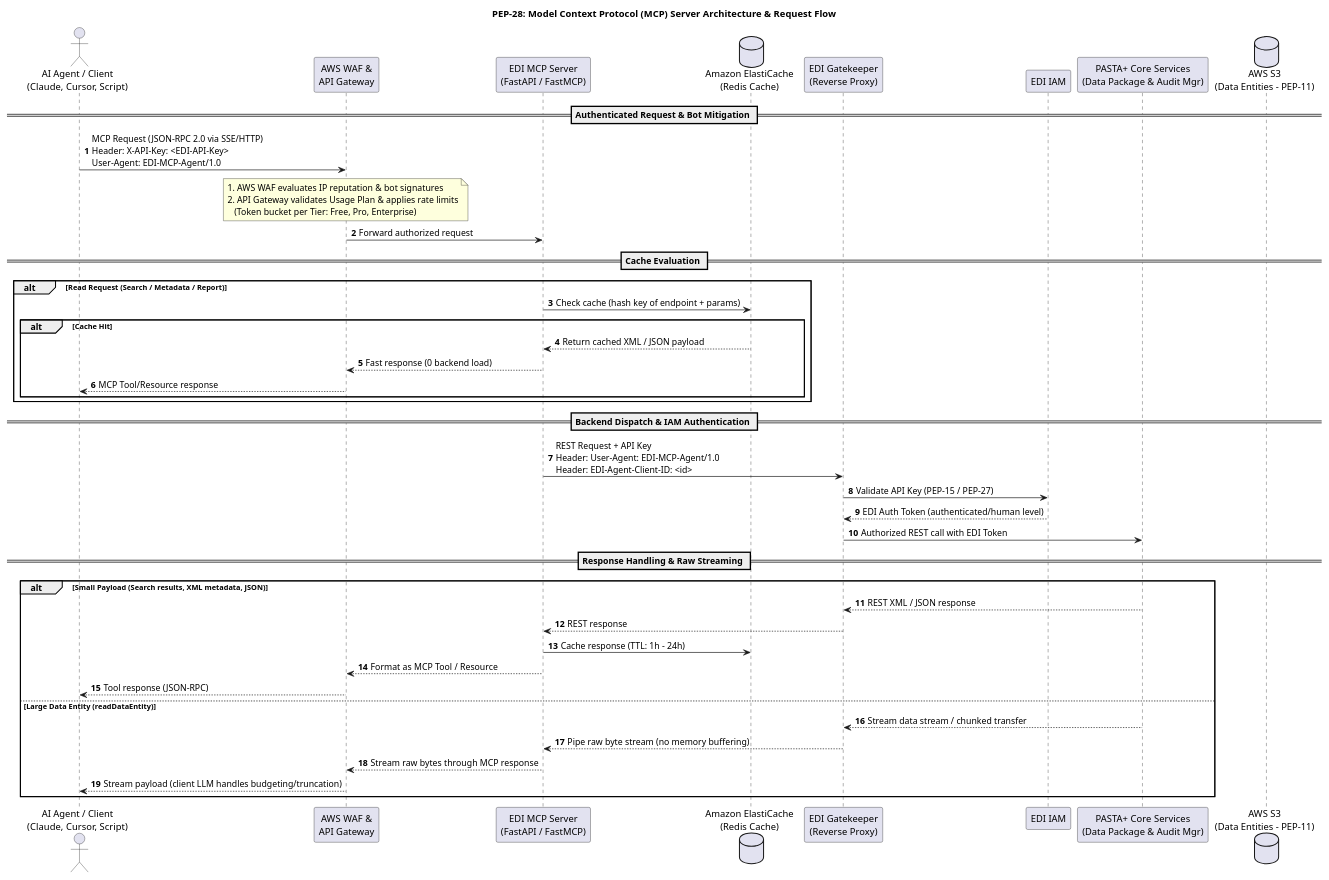
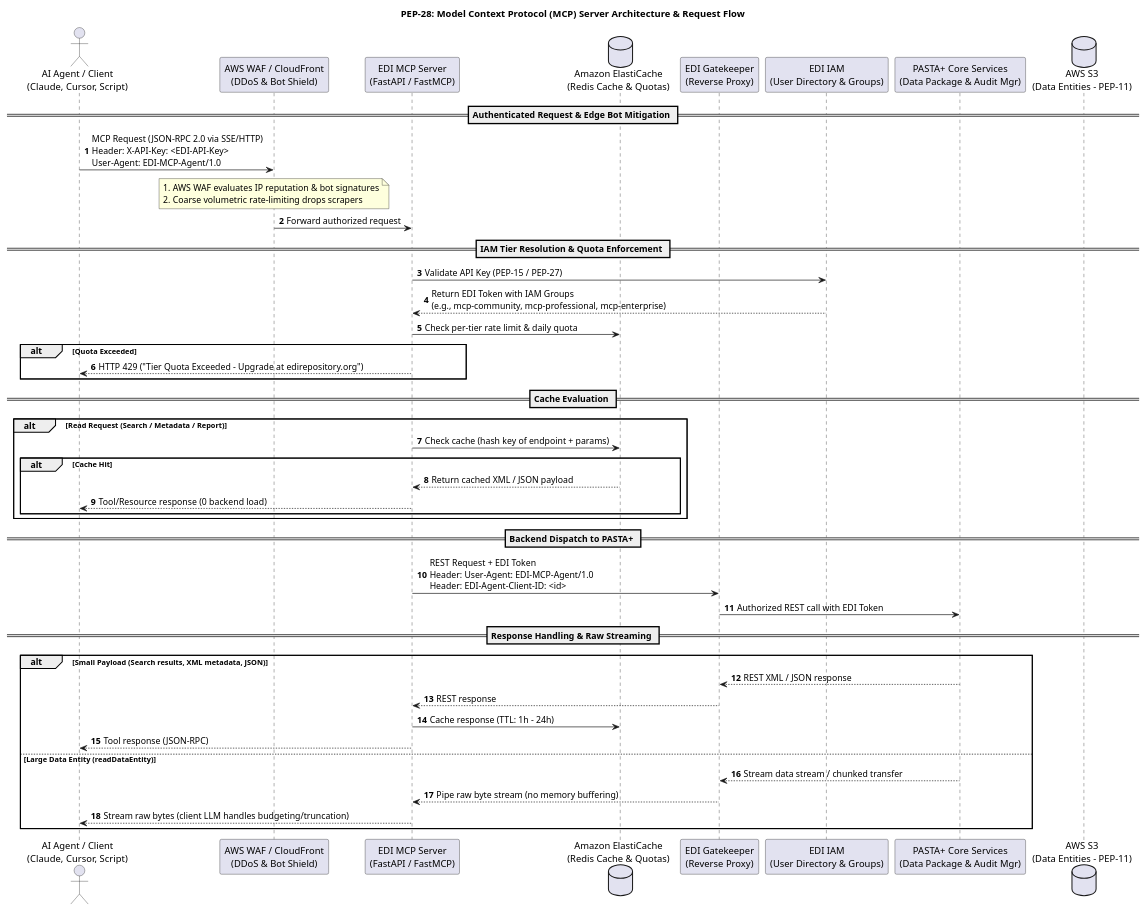
The diagram in peps/puml/pep28-mcp_architecture.puml (PASTAplus/PEP), drawn with PlantUML before and after one commit. The commit also changed 1 other file, not shown here.

Commit message:
PEP-28: Add EDI IAM-native monetization pathway

```diff
--- a/peps/puml/pep28-mcp_architecture.puml
+++ b/peps/puml/pep28-mcp_architecture.puml
@@ -1,54 +1,56 @@
 @startuml
 title PEP-28: Model Context Protocol (MCP) Server Architecture & Request Flow
 
 actor "AI Agent / Client\n(Claude, Cursor, Script)" as Client
-participant "AWS WAF &\nAPI Gateway" as APIGW
+participant "AWS WAF / CloudFront\n(DDoS & Bot Shield)" as WAF
 participant "EDI MCP Server\n(FastAPI / FastMCP)" as MCP
-database "Amazon ElastiCache\n(Redis Cache)" as Cache
+database "Amazon ElastiCache\n(Redis Cache & Quotas)" as Cache
 participant "EDI Gatekeeper\n(Reverse Proxy)" as Gatekeeper
-participant "EDI IAM" as IAM
+participant "EDI IAM\n(User Directory & Groups)" as IAM
 participant "PASTA+ Core Services\n(Data Package & Audit Mgr)" as PASTA
 database "AWS S3\n(Data Entities - PEP-11)" as S3
 
 autonumber
 
-== Authenticated Request & Bot Mitigation ==
-Client -> APIGW: MCP Request (JSON-RPC 2.0 via SSE/HTTP)\nHeader: X-API-Key: <EDI-API-Key>\nUser-Agent: EDI-MCP-Agent/1.0
-note over APIGW
+== Authenticated Request & Edge Bot Mitigation ==
+Client -> WAF: MCP Request (JSON-RPC 2.0 via SSE/HTTP)\nHeader: X-API-Key: <EDI-API-Key>\nUser-Agent: EDI-MCP-Agent/1.0
+note over WAF
   1. AWS WAF evaluates IP reputation & bot signatures
-  2. API Gateway validates Usage Plan & applies rate limits
-     (Token bucket per Tier: Free, Pro, Enterprise)
+  2. Coarse volumetric rate-limiting drops scrapers
 end note
-APIGW -> MCP: Forward authorized request
+WAF -> MCP: Forward authorized request
+
+== IAM Tier Resolution & Quota Enforcement ==
+MCP -> IAM: Validate API Key (PEP-15 / PEP-27)
+IAM --> MCP: Return EDI Token with IAM Groups\n(e.g., mcp-community, mcp-professional, mcp-enterprise)
+MCP -> Cache: Check per-tier rate limit & daily quota
+alt Quota Exceeded
+  MCP --> Client: HTTP 429 ("Tier Quota Exceeded - Upgrade at edirepository.org")
+end
 
 == Cache Evaluation ==
 alt Read Request (Search / Metadata / Report)
   MCP -> Cache: Check cache (hash key of endpoint + params)
   alt Cache Hit
     Cache --> MCP: Return cached XML / JSON payload
-    MCP --> APIGW: Fast response (0 backend load)
-    APIGW --> Client: MCP Tool/Resource response
+    MCP --> Client: Tool/Resource response (0 backend load)
   end
 end
 
-== Backend Dispatch & IAM Authentication ==
-MCP -> Gatekeeper: REST Request + API Key\nHeader: User-Agent: EDI-MCP-Agent/1.0\nHeader: EDI-Agent-Client-ID: <id>
-Gatekeeper -> IAM: Validate API Key (PEP-15 / PEP-27)
-IAM --> Gatekeeper: EDI Auth Token (authenticated/human level)
+== Backend Dispatch to PASTA+ ==
+MCP -> Gatekeeper: REST Request + EDI Token\nHeader: User-Agent: EDI-MCP-Agent/1.0\nHeader: EDI-Agent-Client-ID: <id>
 Gatekeeper -> PASTA: Authorized REST call with EDI Token
 
 == Response Handling & Raw Streaming ==
 alt Small Payload (Search results, XML metadata, JSON)
   PASTA --> Gatekeeper: REST XML / JSON response
   Gatekeeper --> MCP: REST response
   MCP -> Cache: Cache response (TTL: 1h - 24h)
-  MCP --> APIGW: Format as MCP Tool / Resource
-  APIGW --> Client: Tool response (JSON-RPC)
+  MCP --> Client: Tool response (JSON-RPC)
 else Large Data Entity (readDataEntity)
   PASTA --> Gatekeeper: Stream data stream / chunked transfer
   Gatekeeper --> MCP: Pipe raw byte stream (no memory buffering)
-  MCP --> APIGW: Stream raw bytes through MCP response
-  APIGW --> Client: Stream payload (client LLM handles budgeting/truncation)
+  MCP --> Client: Stream raw bytes (client LLM handles budgeting/truncation)
 end
 
 @enduml
```
